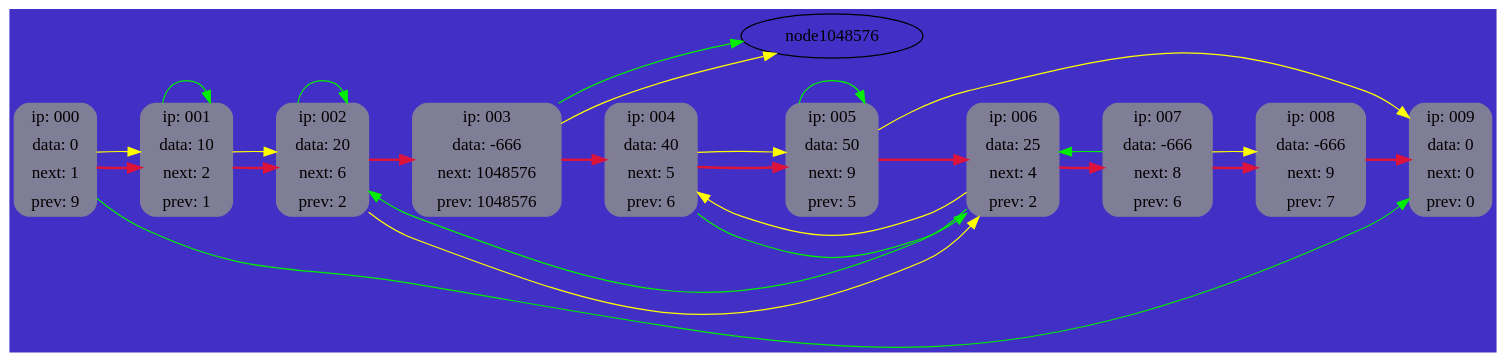
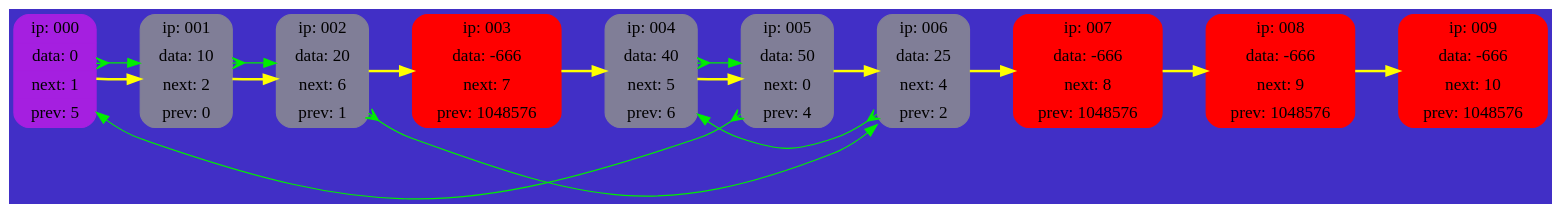
The diagram in run/graphviz.gv (kirilldok/List), drawn with Graphviz before and after one commit. The commit also changed 17 other files, not shown here.

```diff
--- a/run/graphviz.gv
+++ b/run/graphviz.gv
@@ -1,45 +1,38 @@
 digraph List 
 {
 	rankdir = LR;
 	bgcolor = "#412FC6"
 
-	node000 [shape = "Mrecord"; style = "filled"; color = "#807E97"; label = "{ ip: 000} | {data: 0} | {next: 1} | {prev: 9} " ];
-	node001 [shape = "Mrecord"; style = "filled"; color = "#807E97"; label = "{ ip: 001} | {data: 10} | {next: 2} | {prev: 1} " ];
-	node002 [shape = "Mrecord"; style = "filled"; color = "#807E97"; label = "{ ip: 002} | {data: 20} | {next: 6} | {prev: 2} " ];
-	node003 [shape = "Mrecord"; style = "filled"; color = "#807E97"; label = "{ ip: 003} | {data: -666} | {next: 1048576} | {prev: 1048576} " ];
+	node000 [shape = "Mrecord"; style = "filled"; color = "#A51FE0"; label = "{ ip: 000} | {data: 0} | {next: 1} | {prev: 5} " ];
+	node001 [shape = "Mrecord"; style = "filled"; color = "#807E97"; label = "{ ip: 001} | {data: 10} | {next: 2} | {prev: 0} " ];
+	node002 [shape = "Mrecord"; style = "filled"; color = "#807E97"; label = "{ ip: 002} | {data: 20} | {next: 6} | {prev: 1} " ];
+	node003 [shape = "Mrecord"; style = "filled"; color = "#807E97"; label = "{ ip: 003} | {data: -666} | {next: 7} | {prev: 1048576} " ];
 	node004 [shape = "Mrecord"; style = "filled"; color = "#807E97"; label = "{ ip: 004} | {data: 40} | {next: 5} | {prev: 6} " ];
-	node005 [shape = "Mrecord"; style = "filled"; color = "#807E97"; label = "{ ip: 005} | {data: 50} | {next: 9} | {prev: 5} " ];
+	node005 [shape = "Mrecord"; style = "filled"; color = "#807E97"; label = "{ ip: 005} | {data: 50} | {next: 0} | {prev: 4} " ];
 	node006 [shape = "Mrecord"; style = "filled"; color = "#807E97"; label = "{ ip: 006} | {data: 25} | {next: 4} | {prev: 2} " ];
-	node007 [shape = "Mrecord"; style = "filled"; color = "#807E97"; label = "{ ip: 007} | {data: -666} | {next: 8} | {prev: 6} " ];
-	node008 [shape = "Mrecord"; style = "filled"; color = "#807E97"; label = "{ ip: 008} | {data: -666} | {next: 9} | {prev: 7} " ];
-	node009 [shape = "Mrecord"; style = "filled"; color = "#807E97"; label = "{ ip: 009} | {data: 0} | {next: 0} | {prev: 0} " ];
+	node007 [shape = "Mrecord"; style = "filled"; color = "#807E97"; label = "{ ip: 007} | {data: -666} | {next: 8} | {prev: 1048576} " ];
+	node008 [shape = "Mrecord"; style = "filled"; color = "#807E97"; label = "{ ip: 008} | {data: -666} | {next: 9} | {prev: 1048576} " ];
+	node009 [shape = "Mrecord"; style = "filled"; color = "#807E97"; label = "{ ip: 009} | {data: -666} | {next: 10} | {prev: 1048576} " ];
 
-	node000 -> node001 [style = bold; weight = 10000; color = crimson; ];
-	node001 -> node002 [style = bold; weight = 10000; color = crimson; ];
-	node002 -> node003 [style = bold; weight = 10000; color = crimson; ];
-	node003 -> node004 [style = bold; weight = 10000; color = crimson; ];
-	node004 -> node005 [style = bold; weight = 10000; color = crimson; ];
-	node005 -> node006 [style = bold; weight = 10000; color = crimson; ];
-	node006 -> node007 [style = bold; weight = 10000; color = crimson; ];
-	node007 -> node008 [style = bold; weight = 10000; color = crimson; ];
-	node008 -> node009 [style = bold; weight = 10000; color = crimson; ];
+	node000 -> node001 [style = bold; weight = 10000; color = yellow1; ];
+	node001 -> node002 [style = bold; weight = 10000; color = yellow1; ];
+	node002 -> node003 [style = bold; weight = 10000; color = yellow1; ];
+	node003 -> node004 [style = bold; weight = 10000; color = yellow1; ];
+	node004 -> node005 [style = bold; weight = 10000; color = yellow1; ];
+	node005 -> node006 [style = bold; weight = 10000; color = yellow1; ];
+	node006 -> node007 [style = bold; weight = 10000; color = yellow1; ];
+	node007 -> node008 [style = bold; weight = 10000; color = yellow1; ];
+	node008 -> node009 [style = bold; weight = 10000; color = yellow1; ];
 
-	node000 -> node001 [weight = 0; color  = yellow1; ];
-	node001 -> node002 [weight = 0; color  = yellow1; ];
-	node002 -> node006 [weight = 0; color  = yellow1; ];
-	node003 -> node1048576 [weight = 0; color  = yellow1; ];
-	node004 -> node005 [weight = 0; color  = yellow1; ];
-	node005 -> node009 [weight = 0; color  = yellow1; ];
-	node006 -> node004 [weight = 0; color  = yellow1; ];
-	node007 -> node008 [weight = 0; color  = yellow1; ];
-
-	node000 -> node009 [weight = 0; color  = green2; ];
-	node001 -> node001 [weight = 0; color  = green2; ];
-	node002 -> node002 [weight = 0; color  = green2; ];
-	node003 -> node1048576 [weight = 0; color  = green2; ];
-	node004 -> node006 [weight = 0; color  = green2; ];
-	node005 -> node005 [weight = 0; color  = green2; ];
-	node006 -> node002 [weight = 0; color  = green2; ];
-	node007 -> node006 [weight = 0; color  = green2; ];
+	node000 -> node001 [dir = both; arrowtail = crow; weight = 0; constraint = false; color  = green2; ];
+	node001 -> node002 [dir = both; arrowtail = crow; weight = 0; constraint = false; color  = green2; ];
+	node002 -> node006 [dir = both; arrowtail = crow; weight = 0; constraint = false; color  = green2; ];
+	node003 [weight = 0; constraint = false; color  = red; ];
+	node004 -> node005 [dir = both; arrowtail = crow; weight = 0; constraint = false; color  = green2; ];
+	node005 -> node000 [dir = both; arrowtail = crow; weight = 0; constraint = false; color  = green2; ];
+	node006 -> node004 [dir = both; arrowtail = crow; weight = 0; constraint = false; color  = green2; ];
+	node007 [weight = 0; constraint = false; color  = red; ];
+	node008 [weight = 0; constraint = false; color  = red; ];
+	node009 [weight = 0; constraint = false; color  = red; ];
 
 }
```
